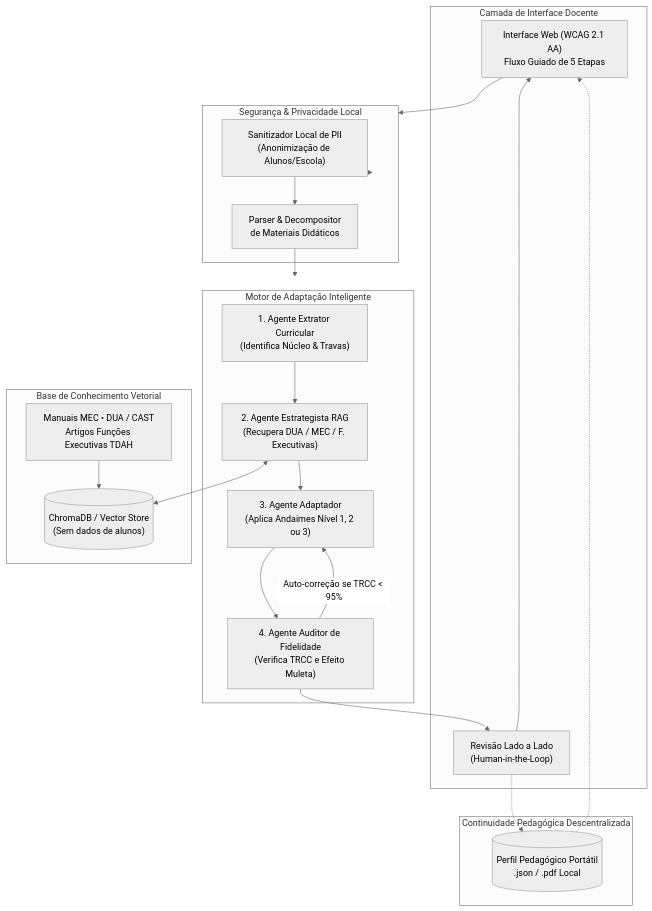
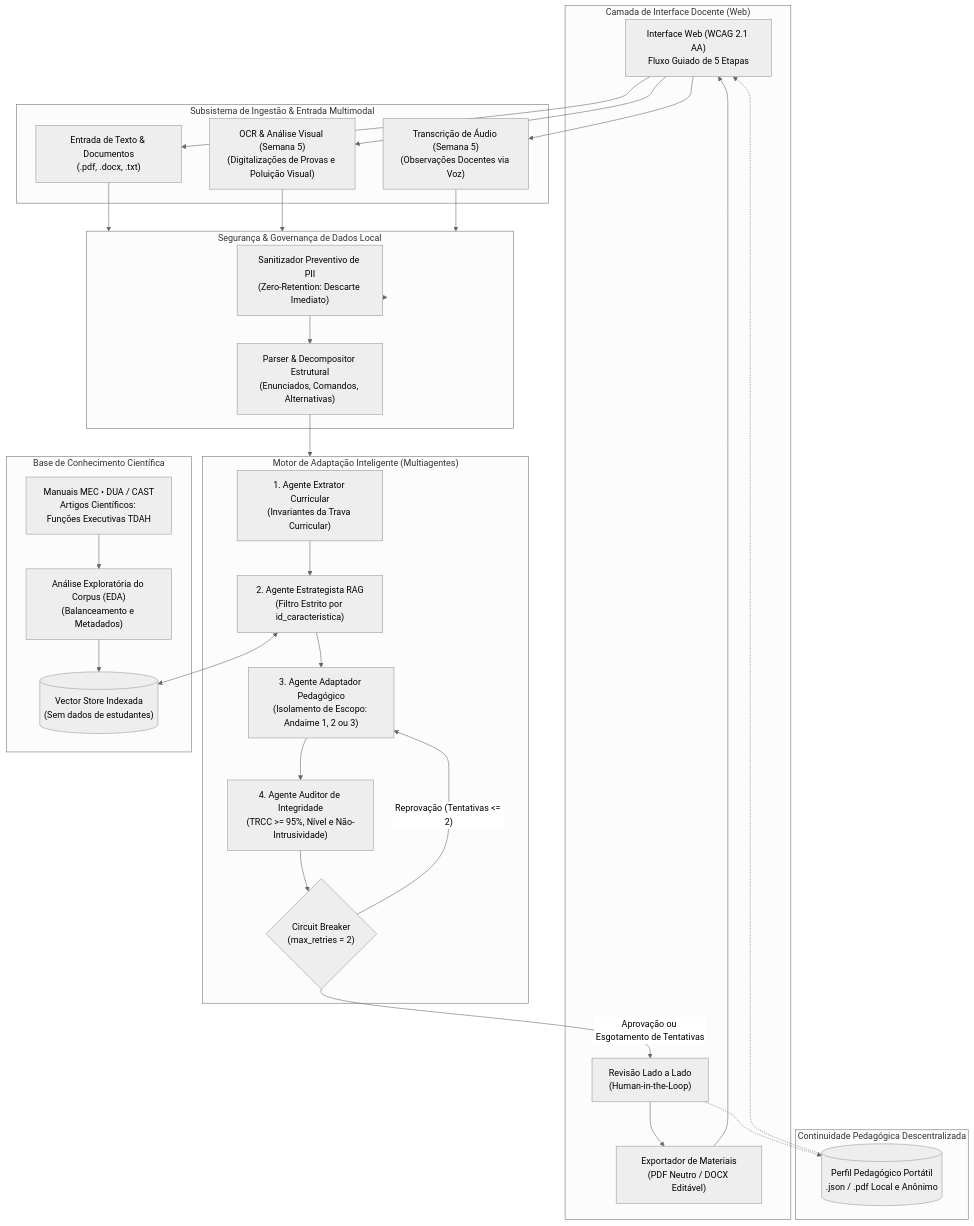
The first of 2 diagrams in docs/arquitetura.md (challenge-2-residencia-ia-grupo-3/Iris), drawn with Mermaid (neutral theme) before and after one commit. The commit also changed other lines of this file and 3 other files, not shown here.

Commit message:
docs(arquitetura): adiciona EDA, protocolos experimentais ADRs e corrige scrubber de PII

````diff
--- a/docs/arquitetura.md
+++ b/docs/arquitetura.md
@@ -7,45 +7,66 @@
 ```mermaid
 flowchart TD
-    subgraph Cliente["Camada de Interface Docente"]
+    subgraph Cliente["Camada de Interface Docente (Web)"]
         UI["Interface Web (WCAG 2.1 AA)<br/>Fluxo Guiado de 5 Etapas"]
         Review["Revisão Lado a Lado<br/>(Human-in-the-Loop)"]
+        Export["Exportador de Materiais<br/>(PDF Neutro / DOCX Editável)"]
     end
 
-    subgraph Gateway["Segurança & Privacidade Local"]
-        PII["Sanitizador Local de PII<br/>(Anonimização de Alunos/Escola)"]
-        Parser["Parser & Decompositor<br/>de Materiais Didáticos"]
+    subgraph Ingestao["Subsistema de Ingestão & Entrada Multimodal"]
+        TextDocIn["Entrada de Texto & Documentos<br/>(.pdf, .docx, .txt)"]
+        OCR_VLM["OCR & Análise Visual (Semana 5)<br/>(Digitalizações de Provas e Poluição Visual)"]
+        STT_Audio["Transcrição de Áudio (Semana 5)<br/>(Observações Docentes via Voz)"]
     end
 
-    subgraph Core["Motor de Adaptação Inteligente"]
-        AgCurriculo["1. Agente Extrator Curricular<br/>(Identifica Núcleo & Travas)"]
-        AgEstrategia["2. Agente Estrategista RAG<br/>(Recupera DUA / MEC / F. Executivas)"]
-        AgAdaptador["3. Agente Adaptador<br/>(Aplica Andaimes Nível 1, 2 ou 3)"]
-        AgAuditor["4. Agente Auditor de Fidelidade<br/>(Verifica TRCC e Efeito Muleta)"]
+    subgraph Gateway["Segurança & Governança de Dados Local"]
+        PII["Sanitizador Preventivo de PII<br/>(Zero-Retention: Descarte Imediato)"]
+        Parser["Parser & Decompositor Estrutural<br/>(Enunciados, Comandos, Alternativas)"]
     end
 
-    subgraph RAG_KB["Base de Conhecimento Vetorial"]
-        Chroma[("ChromaDB / Vector Store<br/>(Sem dados de alunos)")]
-        KB_Docs["Manuais MEC • DUA / CAST<br/>Artigos Funções Executivas TDAH"]
+    subgraph Core["Motor de Adaptação Inteligente (Multiagentes)"]
+        AgCurriculo["1. Agente Extrator Curricular<br/>(Invariantes da Trava Curricular)"]
+        AgEstrategia["2. Agente Estrategista RAG<br/>(Filtro Estrito por id_caracteristica)"]
+        AgAdaptador["3. Agente Adaptador Pedagógico<br/>(Isolamento de Escopo: Andaime 1, 2 ou 3)"]
+        AgAuditor["4. Agente Auditor de Integridade<br/>(TRCC >= 95%, Nível e Não-Intrusividade)"]
+        CircuitBreaker{"Circuit Breaker<br/>(max_retries = 2)"}
+    end
+
+    subgraph RAG_KB["Base de Conhecimento Científica"]
+        Chroma[("Vector Store Indexada<br/>(Sem dados de estudantes)")]
+        KB_Docs["Manuais MEC • DUA / CAST<br/>Artigos Científicos: Funções Executivas TDAH"]
+        EDA_Corpus["Análise Exploratória do Corpus (EDA)<br/>(Balanceamento e Metadados)"]
     end
 
     subgraph Portabilidade["Continuidade Pedagógica Descentralizada"]
-        PortProfile[("Perfil Pedagógico Portátil<br/>.json / .pdf Local")]
+        PortProfile[("Perfil Pedagógico Portátil<br/>.json / .pdf Local e Anônimo")]
     end
 
-    UI --> Gateway
+    UI --> TextDocIn
+    UI --> OCR_VLM
+    UI --> STT_Audio
+
+    TextDocIn --> Gateway
+    OCR_VLM --> Gateway
+    STT_Audio --> Gateway
+
     Gateway --> PII
     PII --> Parser
     Parser --> Core
 
+    KB_Docs --> EDA_Corpus
+    EDA_Corpus --> Chroma
+
     AgCurriculo --> AgEstrategia
     AgEstrategia <--> Chroma
-    KB_Docs --> Chroma
     AgEstrategia --> AgAdaptador
     AgAdaptador --> AgAuditor
-    AgAuditor -- "Auto-correção se TRCC < 95%" --> AgAdaptador
-    AgAuditor --> Review
 
-    Review --> UI
+    AgAuditor --> CircuitBreaker
+    CircuitBreaker -- "Reprovação (Tentativas <= 2)" --> AgAdaptador
+    CircuitBreaker -- "Aprovação ou Esgotamento de Tentativas" --> Review
+
+    Review --> Export
     Review -.-> PortProfile
     PortProfile -.-> UI
+    Export --> UI
 ```
````
